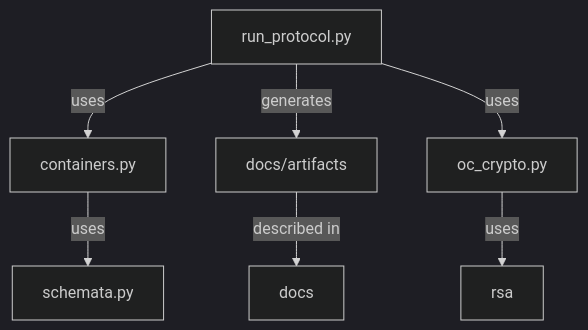
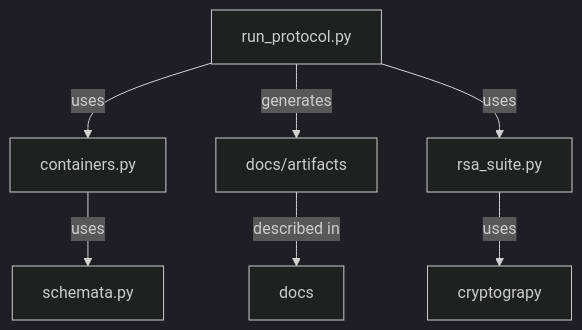
The diagram in v4/README.md (OpenCoin/opencoin-playground), drawn with Mermaid (dark theme) before and after one commit. The commit also changed other lines of this file, not shown here.

````diff
--- a/v4/README.md
+++ b/v4/README.md
@@ -9,9 +9,9 @@
 ```mermaid
 flowchart TD
 
 
 run_protocol.py--uses-->containers.py--uses-->schemata.py
 run_protocol.py--generates-->artifacts[docs/artifacts]
-run_protocol.py--uses-->oc_crypto.py--uses-->rsa
+run_protocol.py--uses-->rsa_suite.py--uses-->cryptograpy
 artifacts --described in--> readme[docs]
 ```
````
